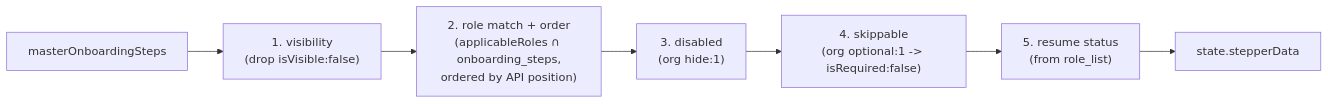
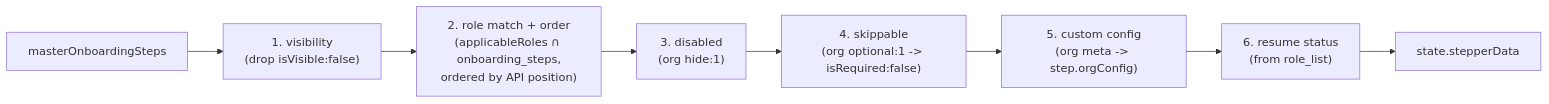
Before and after one commit to ekoindia/wlc-webapp: the third of 3 diagrams in docs/features/login-and-onboarding/onboarding-configuration.md, drawn with Mermaid. The commit also changed other lines of this file and 10 other files, not shown here.

First line of the commit message:
feat(onboarding): pass org-config props & instructions to step components

````diff
--- a/docs/features/login-and-onboarding/onboarding-configuration.md
+++ b/docs/features/login-and-onboarding/onboarding-configuration.md
@@ -182,9 +184,10 @@
 ```mermaid
 flowchart LR
     M["masterOnboardingSteps"] --> S1["1. visibility\n(drop isVisible:false)"]
     S1 --> S2["2. role match + order\n(applicableRoles ∩ onboarding_steps,\nordered by API position)"]
     S2 --> S3["3. disabled\n(org hide:1)"]
     S3 --> S4["4. skippable\n(org optional:1 -> isRequired:false)"]
-    S4 --> S5["5. resume status\n(from role_list)"]
+    S4 --> S4b["5. custom config\n(org meta -> step.orgConfig)"]
+    S4b --> S5["6. resume status\n(from role_list)"]
     S5 --> R["state.stepperData"]
 ```
````
